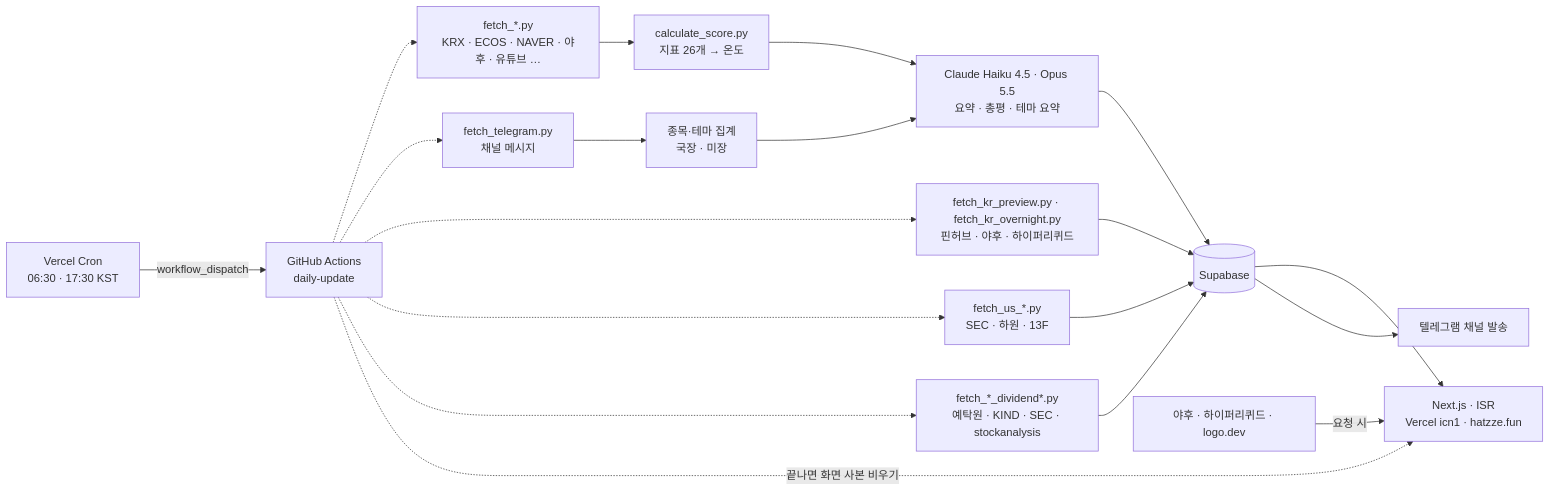
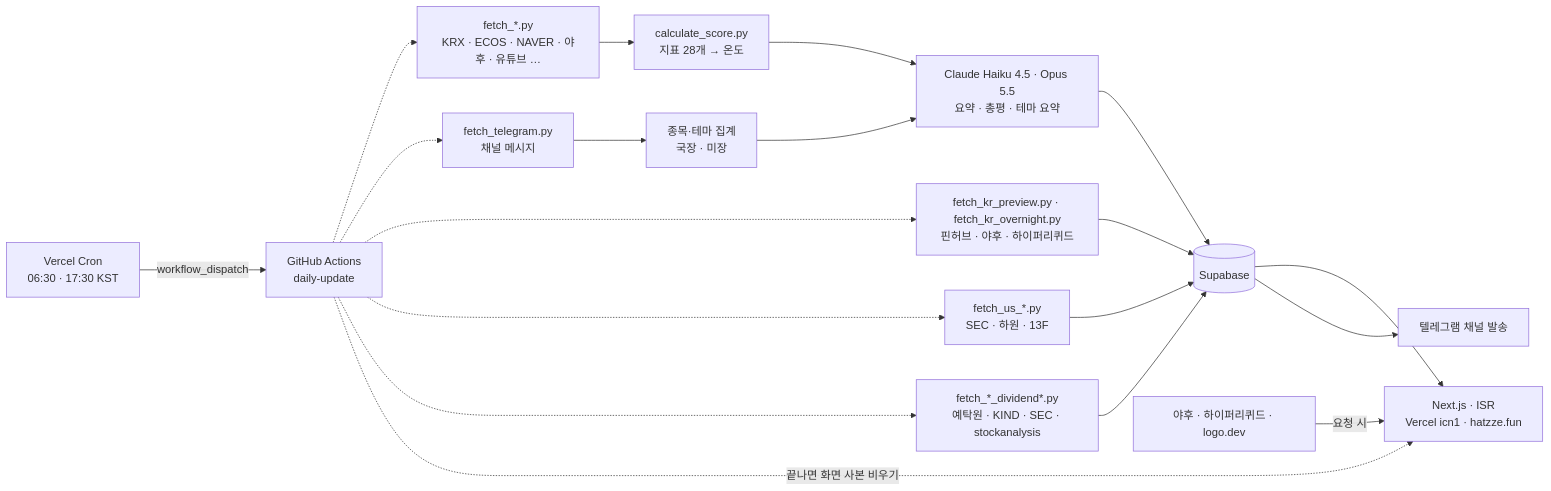
The diagram in README.md (drakedog-kr/hatzze), drawn with Mermaid before and after one commit. The commit also changed other lines of this file and 26 other files, not shown here.

````diff
--- a/README.md
+++ b/README.md
@@ -33,21 +33,21 @@
 ```mermaid
 flowchart LR
     CR["Vercel Cron<br/>06:30 · 17:30 KST"] -->|workflow_dispatch| G["GitHub Actions<br/>daily-update"]
     G -.-> A["fetch_*.py<br/>KRX · ECOS · NAVER · 야후 · 유튜브 …"]
     G -.-> T1["fetch_telegram.py<br/>채널 메시지"]
     G -.-> P1["fetch_kr_preview.py · fetch_kr_overnight.py<br/>핀허브 · 야후 · 하이퍼리퀴드"]
     G -.-> U1["fetch_us_*.py<br/>SEC · 하원 · 13F"]
     G -.-> V1["fetch_*_dividend*.py<br/>예탁원 · KIND · SEC · stockanalysis"]
-    A --> B["calculate_score.py<br/>지표 26개 → 온도"]
+    A --> B["calculate_score.py<br/>지표 28개 → 온도"]
     T1 --> T2["종목·테마 집계<br/>국장 · 미장"]
     B --> L["Claude Haiku 4.5 · Opus 5.5<br/>요약 · 총평 · 테마 요약"]
     T2 --> L
     L --> D[("Supabase")]
     P1 --> D
     U1 --> D
     V1 --> D
     D --> E["Next.js · ISR<br/>Vercel icn1 · hatzze.fun"]
     D --> BC["텔레그램 채널 발송"]
     G -.->|끝나면 화면 사본 비우기| E
     Y["야후 · 하이퍼리퀴드 · logo.dev"] -->|요청 시| E
 ```
````
